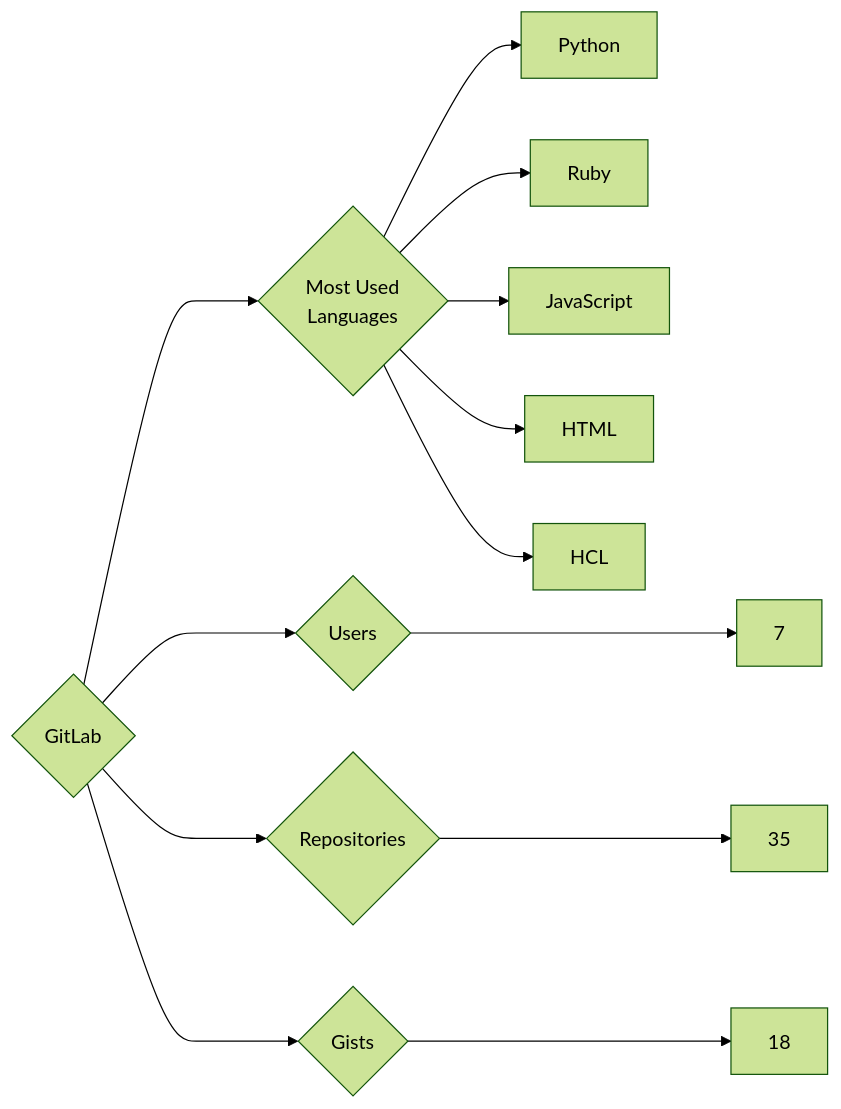
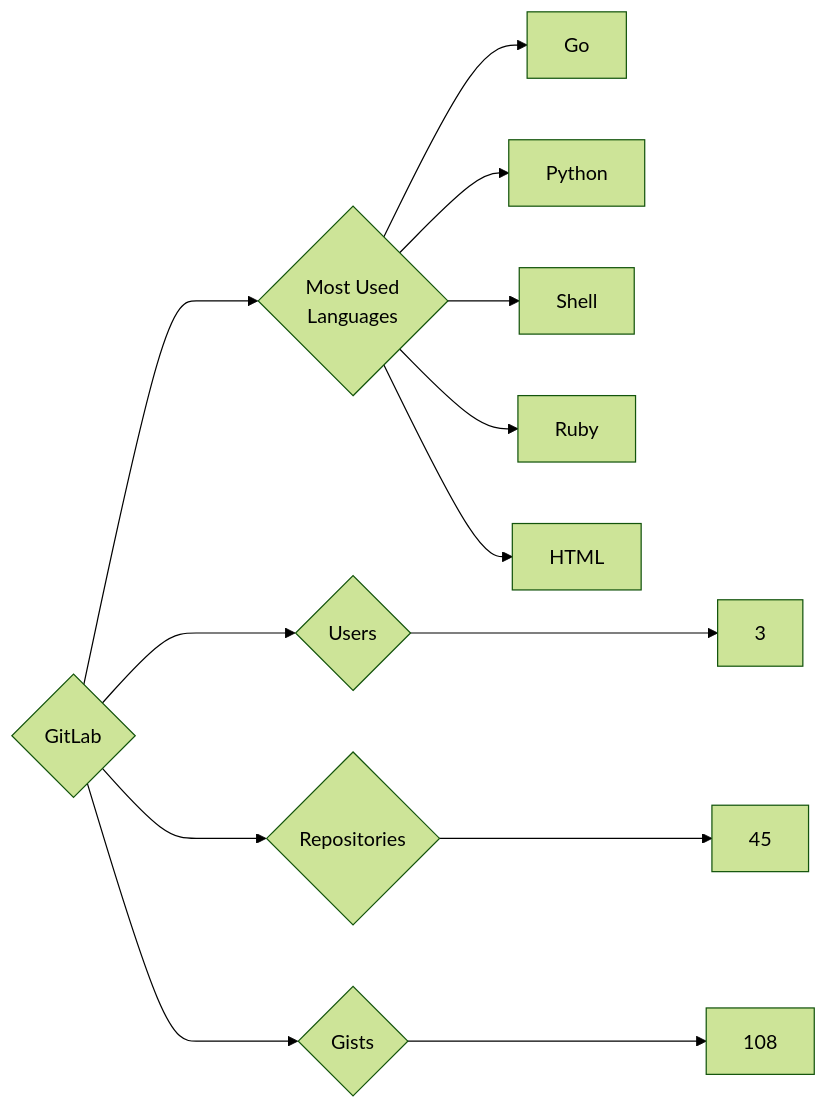
The diagram in targets/GitLab/README.md (trickest/insiders), drawn with Mermaid (forest theme) before and after one commit. The commit also changed 553 other files, not shown here.

````diff
--- a/targets/GitLab/README.md
+++ b/targets/GitLab/README.md
@@ -3,13 +3,13 @@
 ```mermaid
 graph LR
 COMPANY_NAME{GitLab}
-COMPANY_NAME ---> U{Users} ---> UN[7]
-COMPANY_NAME ---> R{Repositories} ---> RN[35]
-COMPANY_NAME ---> G{Gists} ---> GN[18]
+COMPANY_NAME ---> U{Users} ---> UN[3]
+COMPANY_NAME ---> R{Repositories} ---> RN[45]
+COMPANY_NAME ---> G{Gists} ---> GN[108]
 COMPANY_NAME ---> ML{Most Used<br>Languages}
+ML --> Go[Go]
 ML --> Python[Python]
+ML --> Shell[Shell]
 ML --> Ruby[Ruby]
-ML --> JavaScript[JavaScript]
 ML --> HTML[HTML]
-ML --> HCL[HCL]
 ```
````
